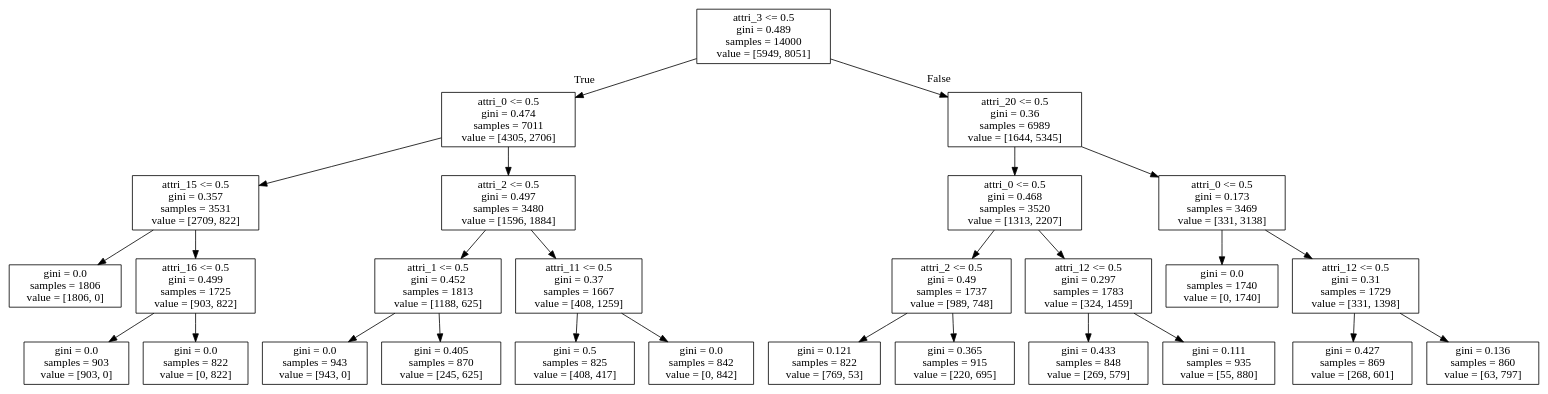
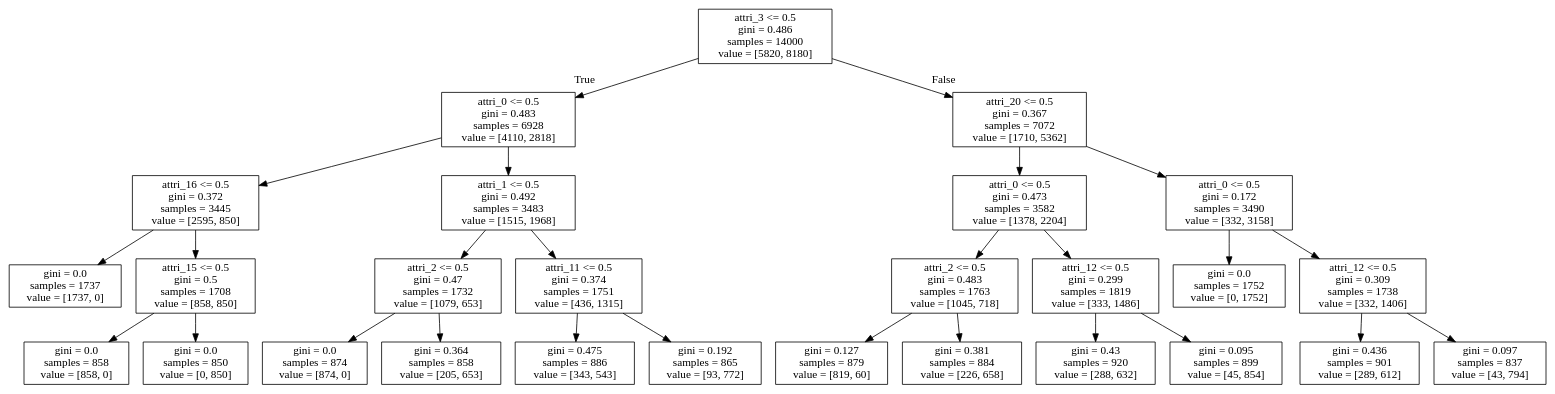
The diagram in Decision_Tree/models/decision_tree_depth_m1_4.dot (ElektrischesSchaf/Data_Mining_2019_Projects), drawn with Graphviz before and after one commit. The commit also changed 12 other files, not shown here.

```diff
--- a/Decision_Tree/models/decision_tree_depth_m1_4.dot
+++ b/Decision_Tree/models/decision_tree_depth_m1_4.dot
@@ -1,56 +1,56 @@
 digraph Tree {
 node [shape=box] ;
-0 [label="attri_3 <= 0.5\ngini = 0.489\nsamples = 14000\nvalue = [5949, 8051]"] ;
-1 [label="attri_0 <= 0.5\ngini = 0.474\nsamples = 7011\nvalue = [4305, 2706]"] ;
+0 [label="attri_3 <= 0.5\ngini = 0.486\nsamples = 14000\nvalue = [5820, 8180]"] ;
+1 [label="attri_0 <= 0.5\ngini = 0.483\nsamples = 6928\nvalue = [4110, 2818]"] ;
 0 -> 1 [labeldistance=2.5, labelangle=45, headlabel="True"] ;
-2 [label="attri_15 <= 0.5\ngini = 0.357\nsamples = 3531\nvalue = [2709, 822]"] ;
+2 [label="attri_16 <= 0.5\ngini = 0.372\nsamples = 3445\nvalue = [2595, 850]"] ;
 1 -> 2 ;
-3 [label="gini = 0.0\nsamples = 1806\nvalue = [1806, 0]"] ;
+3 [label="gini = 0.0\nsamples = 1737\nvalue = [1737, 0]"] ;
 2 -> 3 ;
-4 [label="attri_16 <= 0.5\ngini = 0.499\nsamples = 1725\nvalue = [903, 822]"] ;
+4 [label="attri_15 <= 0.5\ngini = 0.5\nsamples = 1708\nvalue = [858, 850]"] ;
 2 -> 4 ;
-5 [label="gini = 0.0\nsamples = 903\nvalue = [903, 0]"] ;
+5 [label="gini = 0.0\nsamples = 858\nvalue = [858, 0]"] ;
 4 -> 5 ;
-6 [label="gini = 0.0\nsamples = 822\nvalue = [0, 822]"] ;
+6 [label="gini = 0.0\nsamples = 850\nvalue = [0, 850]"] ;
 4 -> 6 ;
-7 [label="attri_2 <= 0.5\ngini = 0.497\nsamples = 3480\nvalue = [1596, 1884]"] ;
+7 [label="attri_1 <= 0.5\ngini = 0.492\nsamples = 3483\nvalue = [1515, 1968]"] ;
 1 -> 7 ;
-8 [label="attri_1 <= 0.5\ngini = 0.452\nsamples = 1813\nvalue = [1188, 625]"] ;
+8 [label="attri_2 <= 0.5\ngini = 0.47\nsamples = 1732\nvalue = [1079, 653]"] ;
 7 -> 8 ;
-9 [label="gini = 0.0\nsamples = 943\nvalue = [943, 0]"] ;
+9 [label="gini = 0.0\nsamples = 874\nvalue = [874, 0]"] ;
 8 -> 9 ;
-10 [label="gini = 0.405\nsamples = 870\nvalue = [245, 625]"] ;
+10 [label="gini = 0.364\nsamples = 858\nvalue = [205, 653]"] ;
 8 -> 10 ;
-11 [label="attri_11 <= 0.5\ngini = 0.37\nsamples = 1667\nvalue = [408, 1259]"] ;
+11 [label="attri_11 <= 0.5\ngini = 0.374\nsamples = 1751\nvalue = [436, 1315]"] ;
 7 -> 11 ;
-12 [label="gini = 0.5\nsamples = 825\nvalue = [408, 417]"] ;
+12 [label="gini = 0.475\nsamples = 886\nvalue = [343, 543]"] ;
 11 -> 12 ;
-13 [label="gini = 0.0\nsamples = 842\nvalue = [0, 842]"] ;
+13 [label="gini = 0.192\nsamples = 865\nvalue = [93, 772]"] ;
 11 -> 13 ;
-14 [label="attri_20 <= 0.5\ngini = 0.36\nsamples = 6989\nvalue = [1644, 5345]"] ;
+14 [label="attri_20 <= 0.5\ngini = 0.367\nsamples = 7072\nvalue = [1710, 5362]"] ;
 0 -> 14 [labeldistance=2.5, labelangle=-45, headlabel="False"] ;
-15 [label="attri_0 <= 0.5\ngini = 0.468\nsamples = 3520\nvalue = [1313, 2207]"] ;
+15 [label="attri_0 <= 0.5\ngini = 0.473\nsamples = 3582\nvalue = [1378, 2204]"] ;
 14 -> 15 ;
-16 [label="attri_2 <= 0.5\ngini = 0.49\nsamples = 1737\nvalue = [989, 748]"] ;
+16 [label="attri_2 <= 0.5\ngini = 0.483\nsamples = 1763\nvalue = [1045, 718]"] ;
 15 -> 16 ;
-17 [label="gini = 0.121\nsamples = 822\nvalue = [769, 53]"] ;
+17 [label="gini = 0.127\nsamples = 879\nvalue = [819, 60]"] ;
 16 -> 17 ;
-18 [label="gini = 0.365\nsamples = 915\nvalue = [220, 695]"] ;
+18 [label="gini = 0.381\nsamples = 884\nvalue = [226, 658]"] ;
 16 -> 18 ;
-19 [label="attri_12 <= 0.5\ngini = 0.297\nsamples = 1783\nvalue = [324, 1459]"] ;
+19 [label="attri_12 <= 0.5\ngini = 0.299\nsamples = 1819\nvalue = [333, 1486]"] ;
 15 -> 19 ;
-20 [label="gini = 0.433\nsamples = 848\nvalue = [269, 579]"] ;
+20 [label="gini = 0.43\nsamples = 920\nvalue = [288, 632]"] ;
 19 -> 20 ;
-21 [label="gini = 0.111\nsamples = 935\nvalue = [55, 880]"] ;
+21 [label="gini = 0.095\nsamples = 899\nvalue = [45, 854]"] ;
 19 -> 21 ;
-22 [label="attri_0 <= 0.5\ngini = 0.173\nsamples = 3469\nvalue = [331, 3138]"] ;
+22 [label="attri_0 <= 0.5\ngini = 0.172\nsamples = 3490\nvalue = [332, 3158]"] ;
 14 -> 22 ;
-23 [label="gini = 0.0\nsamples = 1740\nvalue = [0, 1740]"] ;
+23 [label="gini = 0.0\nsamples = 1752\nvalue = [0, 1752]"] ;
 22 -> 23 ;
-24 [label="attri_12 <= 0.5\ngini = 0.31\nsamples = 1729\nvalue = [331, 1398]"] ;
+24 [label="attri_12 <= 0.5\ngini = 0.309\nsamples = 1738\nvalue = [332, 1406]"] ;
 22 -> 24 ;
-25 [label="gini = 0.427\nsamples = 869\nvalue = [268, 601]"] ;
+25 [label="gini = 0.436\nsamples = 901\nvalue = [289, 612]"] ;
 24 -> 25 ;
-26 [label="gini = 0.136\nsamples = 860\nvalue = [63, 797]"] ;
+26 [label="gini = 0.097\nsamples = 837\nvalue = [43, 794]"] ;
 24 -> 26 ;
 }
```
